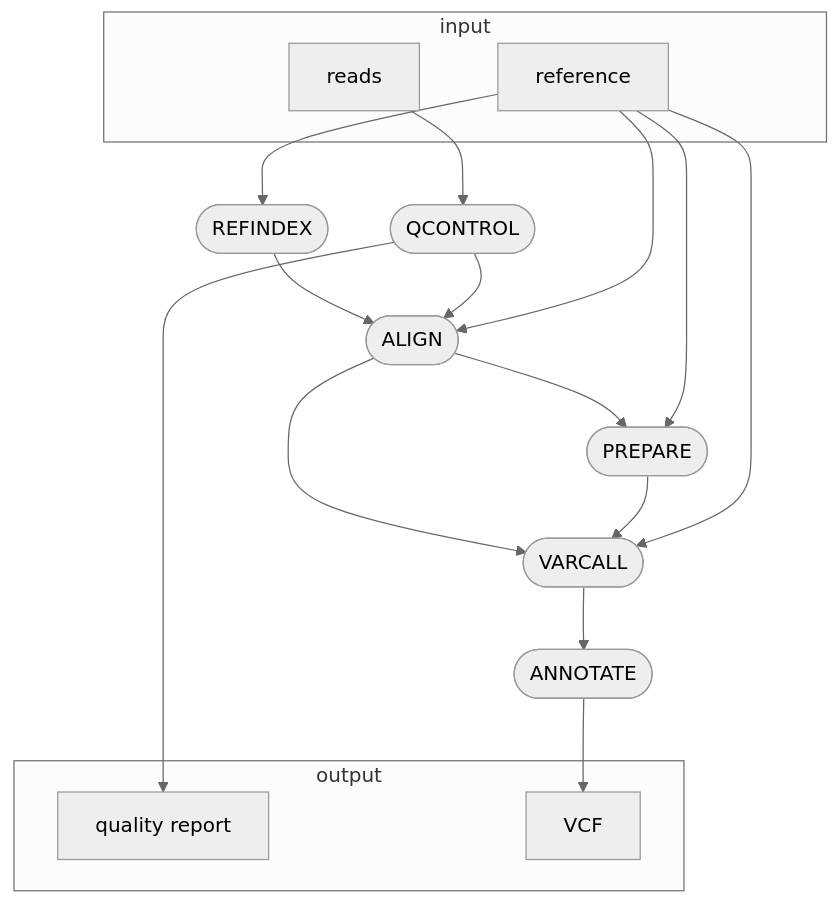
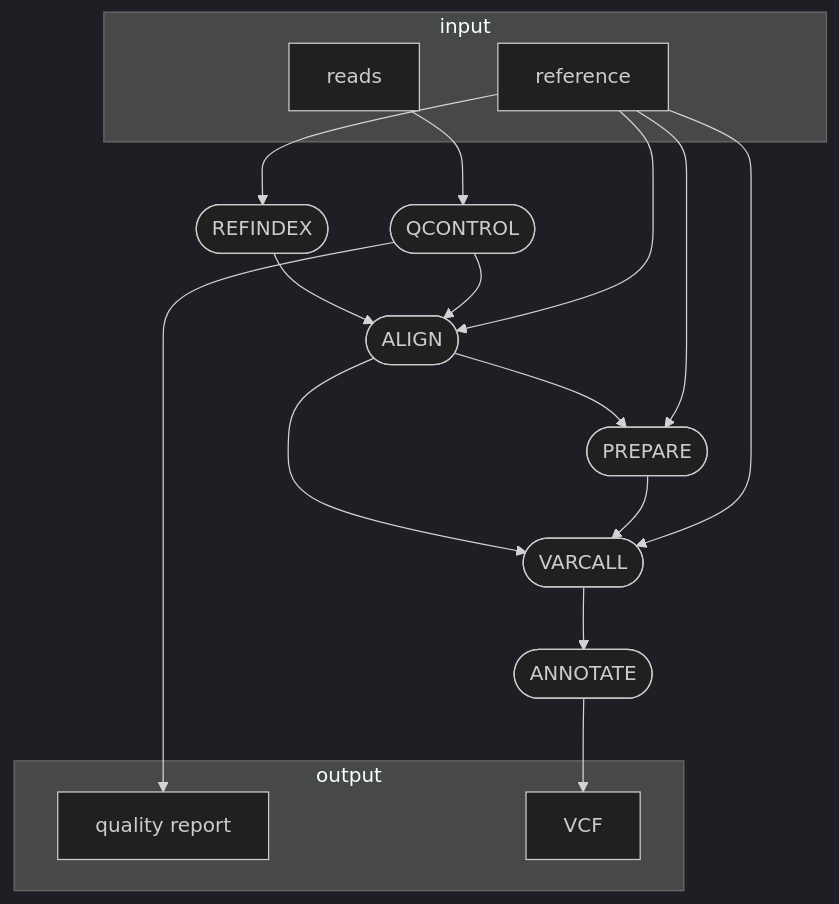
Before and after one commit to glebus-sasha/deepvariant_nf: the diagram in README.md, drawn with Mermaid.

````diff
--- a/README.md
+++ b/README.md
@@ -5,31 +5,31 @@
 ```mermaid
-%%{init: {'theme':'neutral'}}%%
+%%{init: {'theme':'dark'}}%%
 flowchart TB
     subgraph "input"
     v0["reads"]
     v1["reference"]
     end
     v2([REFINDEX])
     v3([QCONTROL])
     subgraph "output"
     v4["quality report"]
     v14["VCF"]
     end
     v6([ALIGN])
     v8([PREPARE])
     v10([VARCALL])
     v13([ANNOTATE])
     v0 --> v3
     v1 --> v2
     v2 --> v6
     v3 --> v6
     v3 --> v4
     v1 --> v6
     v6 --> v8
     v6 --> v10
     v1 --> v8
     v8 --> v10
     v1 --> v10
     v10 --> v13
     v13 --> v14
 ```
````
